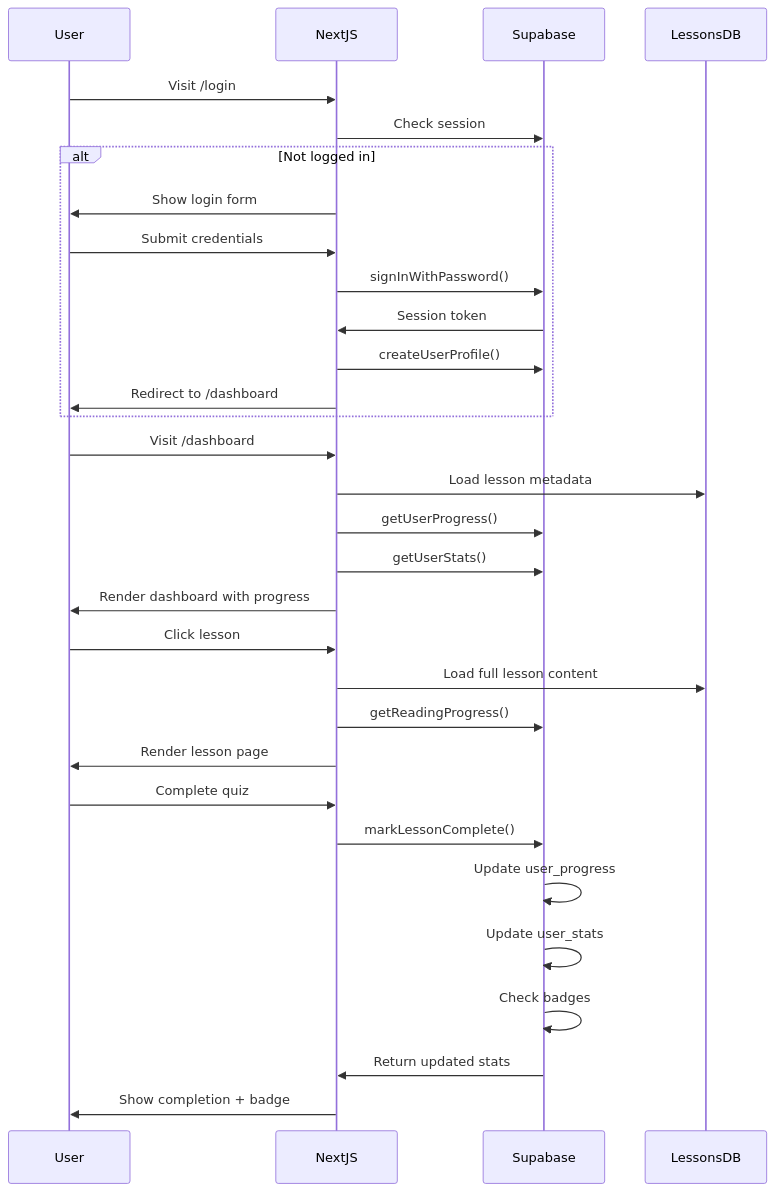
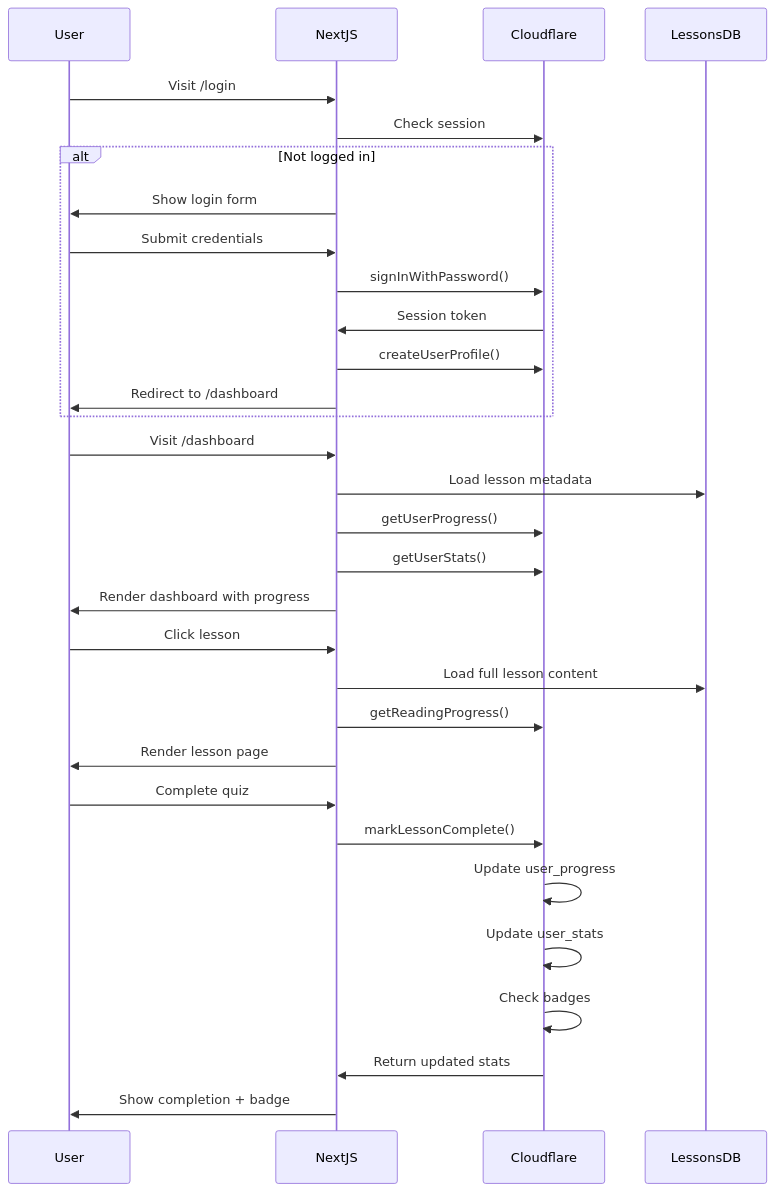
One commit to tridinhbui/tu-hoc-cong-nghe changed the second of 4 diagrams in ARCHITECTURE.md. Above: the diagram before and after it, drawn with Mermaid. The commit also changed other lines of this file and 481 other files, not shown here.

````diff
--- a/ARCHITECTURE.md
+++ b/ARCHITECTURE.md
@@ -101,37 +101,37 @@
 ```mermaid
 sequenceDiagram
     participant User
     participant NextJS
-    participant Supabase
+    participant Cloudflare
     participant LessonsDB
     
     User->>NextJS: Visit /login
-    NextJS->>Supabase: Check session
+    NextJS->>Cloudflare: Check session
     alt Not logged in
         NextJS->>User: Show login form
         User->>NextJS: Submit credentials
-        NextJS->>Supabase: signInWithPassword()
-        Supabase->>NextJS: Session token
-        NextJS->>Supabase: createUserProfile()
+        NextJS->>Cloudflare: signInWithPassword()
+        Cloudflare->>NextJS: Session token
+        NextJS->>Cloudflare: createUserProfile()
         NextJS->>User: Redirect to /dashboard
     end
     
     User->>NextJS: Visit /dashboard
     NextJS->>LessonsDB: Load lesson metadata
-    NextJS->>Supabase: getUserProgress()
-    NextJS->>Supabase: getUserStats()
+    NextJS->>Cloudflare: getUserProgress()
+    NextJS->>Cloudflare: getUserStats()
     NextJS->>User: Render dashboard with progress
     
     User->>NextJS: Click lesson
     NextJS->>LessonsDB: Load full lesson content
-    NextJS->>Supabase: getReadingProgress()
+    NextJS->>Cloudflare: getReadingProgress()
     NextJS->>User: Render lesson page
     
     User->>NextJS: Complete quiz
-    NextJS->>Supabase: markLessonComplete()
-    Supabase->>Supabase: Update user_progress
-    Supabase->>Supabase: Update user_stats
-    Supabase->>Supabase: Check badges
-    Supabase->>NextJS: Return updated stats
+    NextJS->>Cloudflare: markLessonComplete()
+    Cloudflare->>Cloudflare: Update user_progress
+    Cloudflare->>Cloudflare: Update user_stats
+    Cloudflare->>Cloudflare: Check badges
+    Cloudflare->>NextJS: Return updated stats
     NextJS->>User: Show completion + badge
 ```
````
